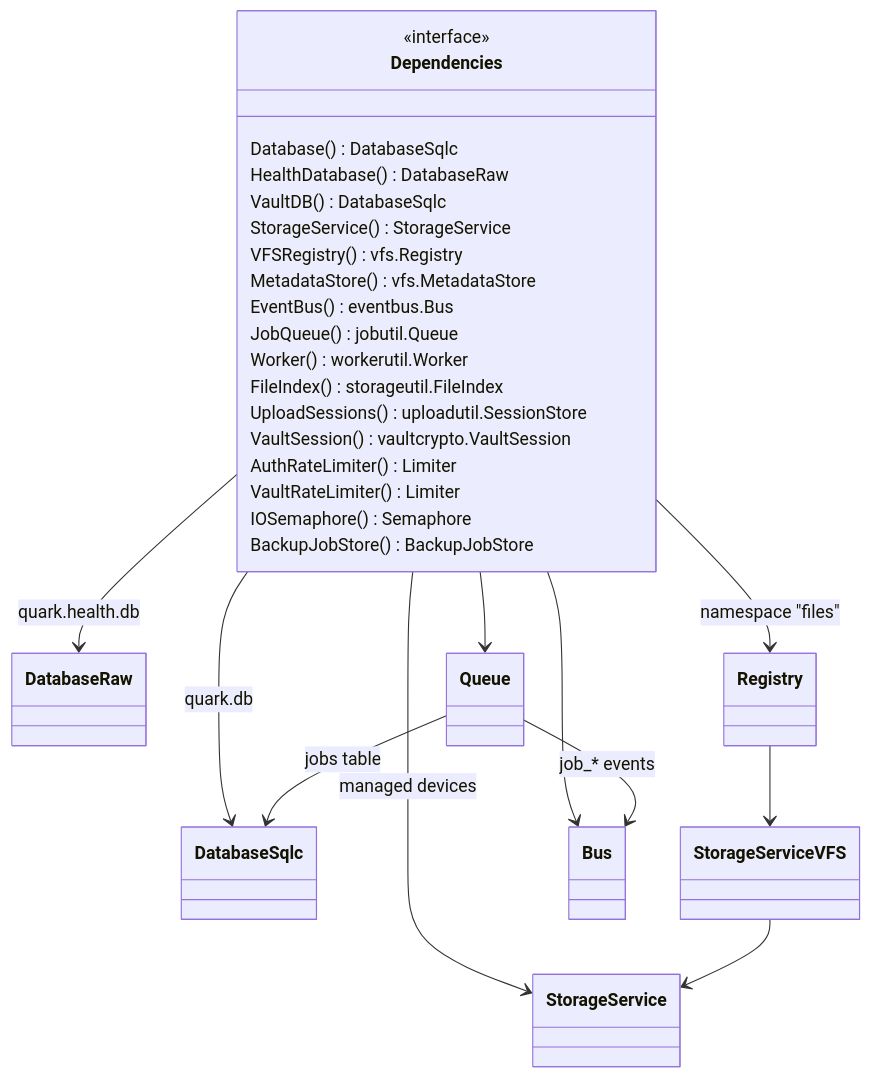
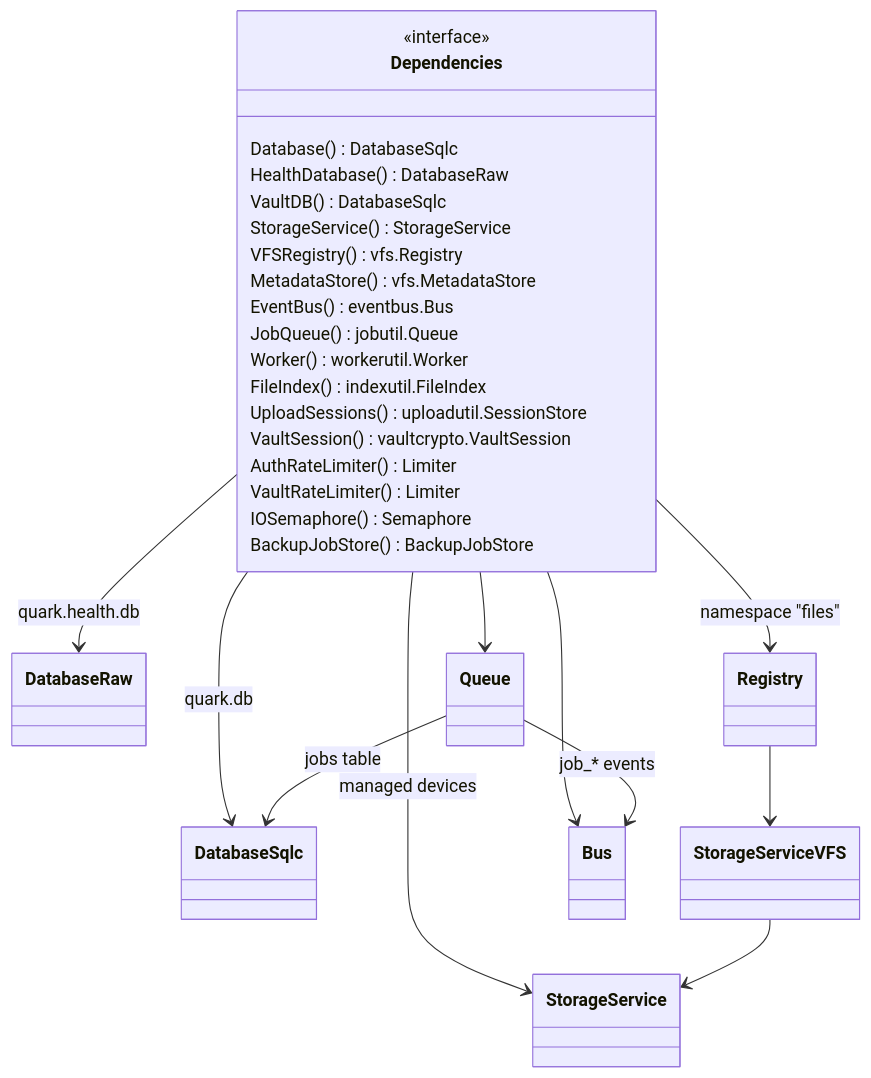
The second of 4 diagrams in docs/architecture/backend.md (autobutler-org/quark), drawn with Mermaid before and after one commit. The commit also changed other lines of this file and 28 other files, not shown here.

````diff
--- a/docs/architecture/backend.md
+++ b/docs/architecture/backend.md
@@ -64,32 +64,32 @@
 ```mermaid
 classDiagram
     class Dependencies {
         <<interface>>
         Database() DatabaseSqlc
         HealthDatabase() DatabaseRaw
         VaultDB() DatabaseSqlc
         StorageService() StorageService
         VFSRegistry() vfs.Registry
         MetadataStore() vfs.MetadataStore
         EventBus() eventbus.Bus
         JobQueue() jobutil.Queue
         Worker() workerutil.Worker
-        FileIndex() storageutil.FileIndex
+        FileIndex() indexutil.FileIndex
         UploadSessions() uploadutil.SessionStore
         VaultSession() vaultcrypto.VaultSession
         AuthRateLimiter() Limiter
         VaultRateLimiter() Limiter
         IOSemaphore() Semaphore
         BackupJobStore() BackupJobStore
     }
     Dependencies --> DatabaseSqlc : quark.db
     Dependencies --> DatabaseRaw : quark.health.db
     Dependencies --> StorageService : managed devices
     Dependencies --> Registry : namespace "files"
     Registry --> StorageServiceVFS
     StorageServiceVFS --> StorageService
     Dependencies --> Bus
     Dependencies --> Queue
     Queue --> DatabaseSqlc : jobs table
     Queue --> Bus : job_* events
 ```
````
